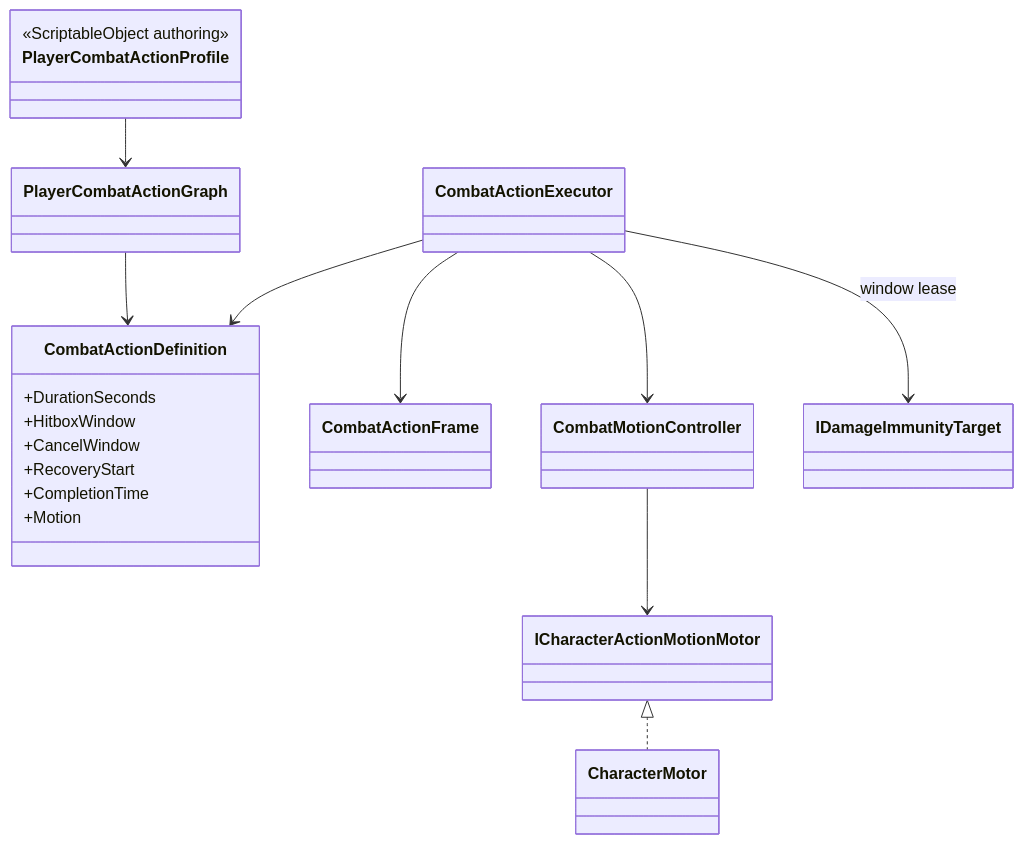
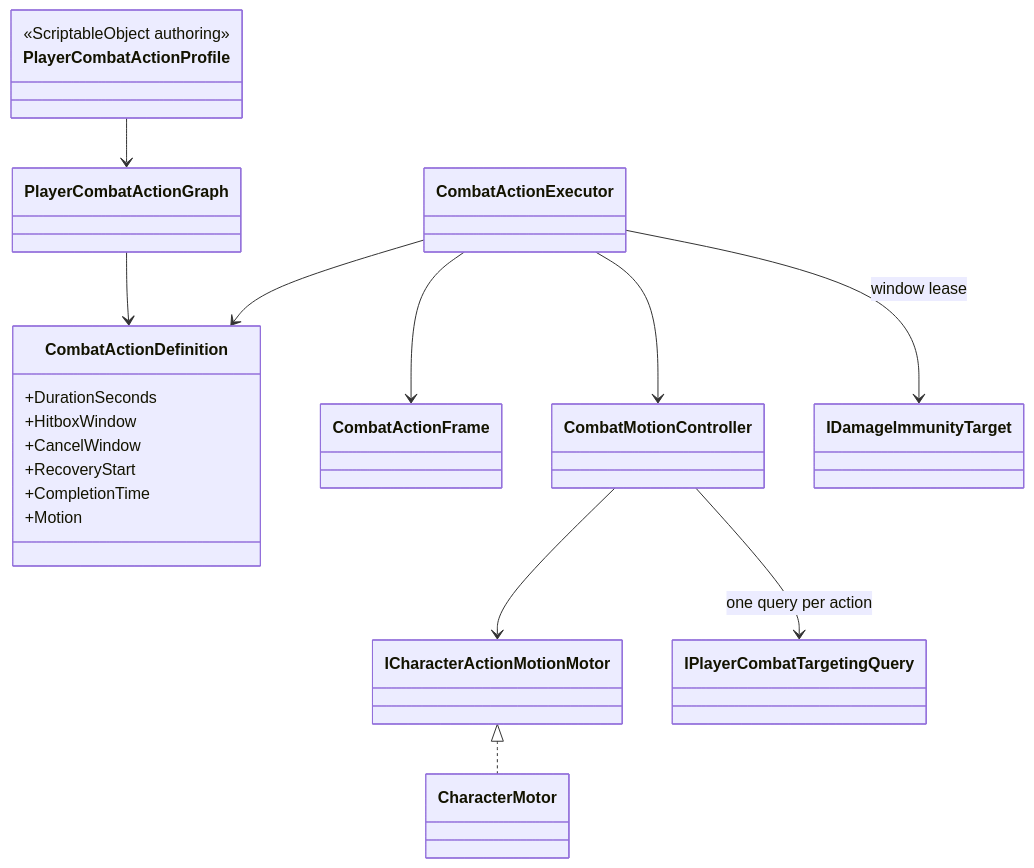
Before and after one commit to MaximFonariuc/project-s: the diagram in Assets/_App/Core/Runtime/Combat/Actions/README.md, drawn with Mermaid. The commit also changed other lines of this file and 9 other files, not shown here.

````diff
--- a/Assets/_App/Core/Runtime/Combat/Actions/README.md
+++ b/Assets/_App/Core/Runtime/Combat/Actions/README.md
@@ -5,30 +5,32 @@
 ```mermaid
 classDiagram
     class PlayerCombatActionProfile {
         <<ScriptableObject authoring>>
     }
     class PlayerCombatActionGraph
     class CombatActionDefinition {
         +DurationSeconds
         +HitboxWindow
         +CancelWindow
         +RecoveryStart
         +CompletionTime
         +Motion
     }
     class CombatActionExecutor
     class CombatActionFrame
     class CombatMotionController
     class IDamageImmunityTarget
     class ICharacterActionMotionMotor
+    class IPlayerCombatTargetingQuery
     class CharacterMotor
 
     PlayerCombatActionProfile --> PlayerCombatActionGraph
     PlayerCombatActionGraph --> CombatActionDefinition
     CombatActionExecutor --> CombatActionDefinition
     CombatActionExecutor --> CombatActionFrame
     CombatActionExecutor --> CombatMotionController
     CombatActionExecutor --> IDamageImmunityTarget : window lease
     CombatMotionController --> ICharacterActionMotionMotor
+    CombatMotionController --> IPlayerCombatTargetingQuery : one query per action
     ICharacterActionMotionMotor <|.. CharacterMotor
 ```
````
